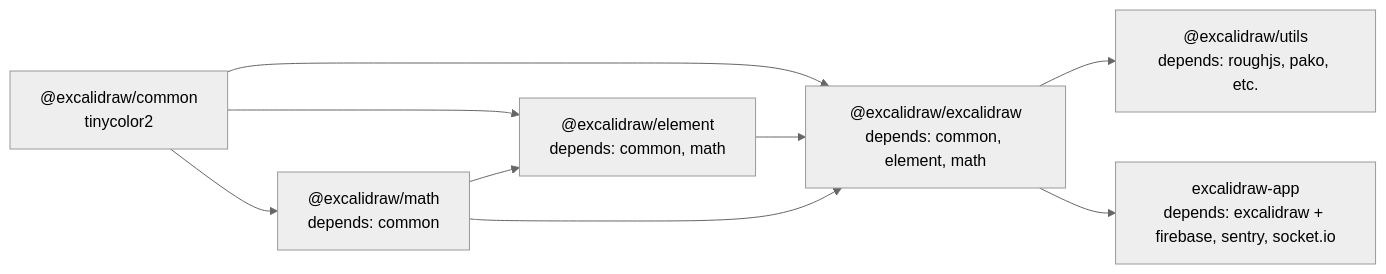
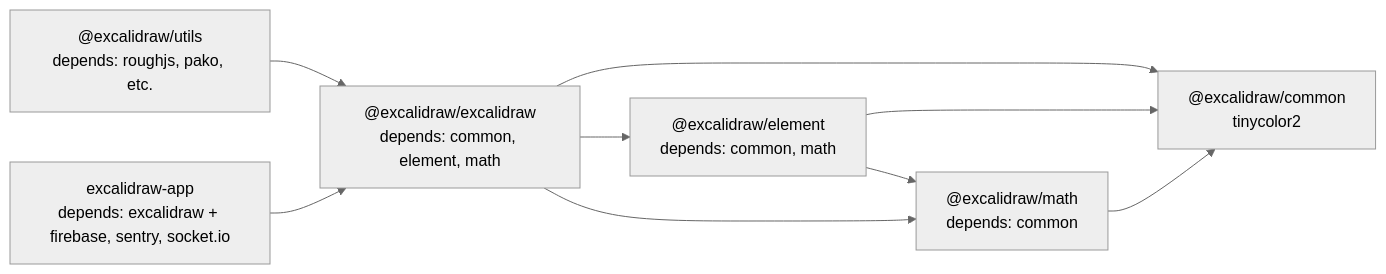
One commit to koldovsky/2026-fwdays-agentic-large-day01-hw changed the second of 2 diagrams in docs/technical/architecture.md. Above: the diagram before and after it, drawn with Mermaid (neutral theme). The commit also changed other lines of this file and 6 other files, not shown here.

````diff
--- a/docs/technical/architecture.md
+++ b/docs/technical/architecture.md
@@ -59,18 +59,18 @@
 ```mermaid
 graph LR
     Common["@excalidraw/common<br/>tinycolor2"]
     Math["@excalidraw/math<br/>depends: common"]
     Element["@excalidraw/element<br/>depends: common, math"]
     Excalidraw["@excalidraw/excalidraw<br/>depends: common, element, math"]
     Utils["@excalidraw/utils<br/>depends: roughjs, pako, etc."]
     App["excalidraw-app<br/>depends: excalidraw + firebase, sentry, socket.io"]
 
-    Common --> Math
-    Common --> Element
-    Math --> Element
-    Common --> Excalidraw
-    Element --> Excalidraw
-    Math --> Excalidraw
-    Excalidraw --> Utils
-    Excalidraw --> App
+    Math --> Common
+    Element --> Common
+    Element --> Math
+    Excalidraw --> Common
+    Excalidraw --> Element
+    Excalidraw --> Math
+    Utils --> Excalidraw
+    App --> Excalidraw
 ```
````
